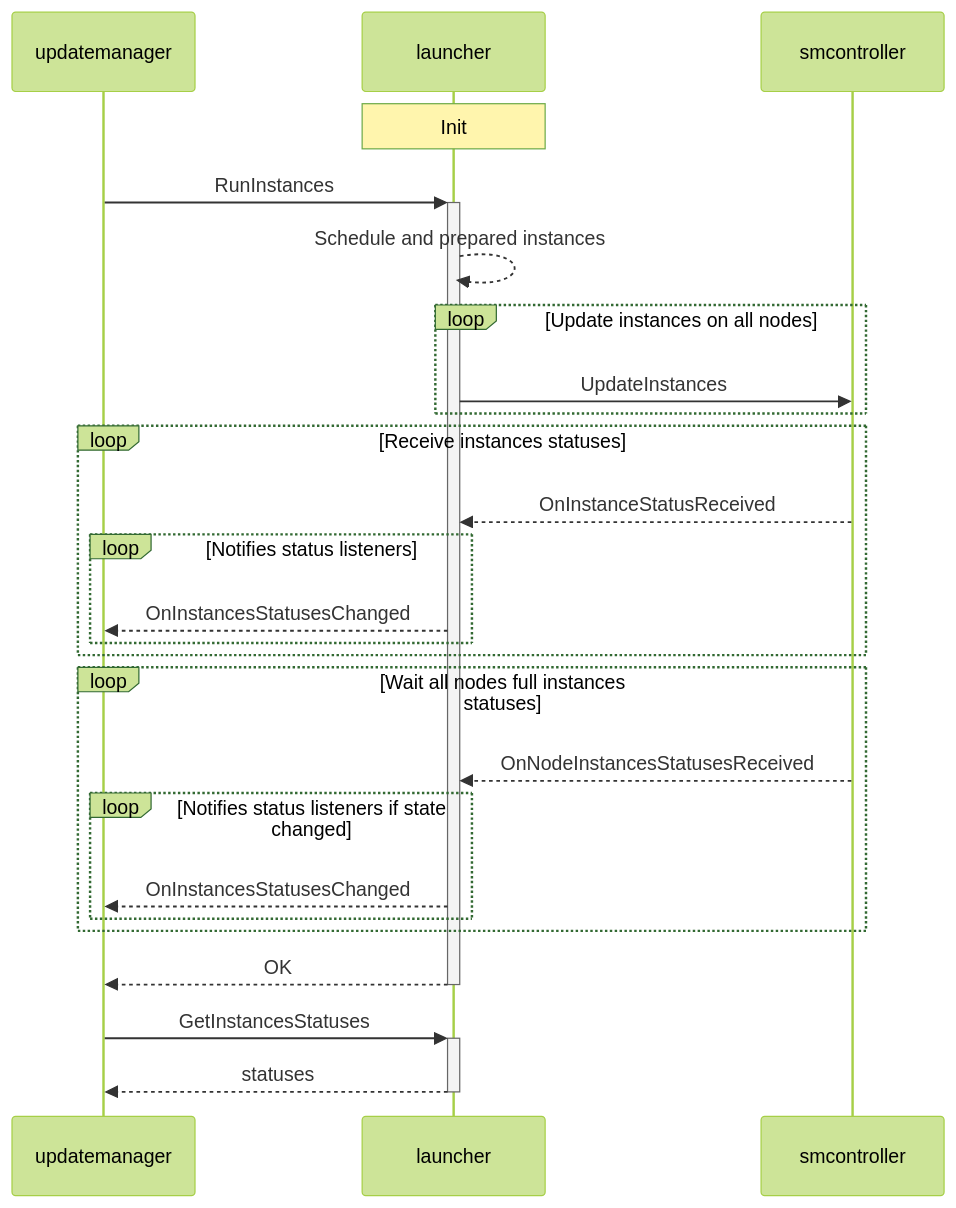
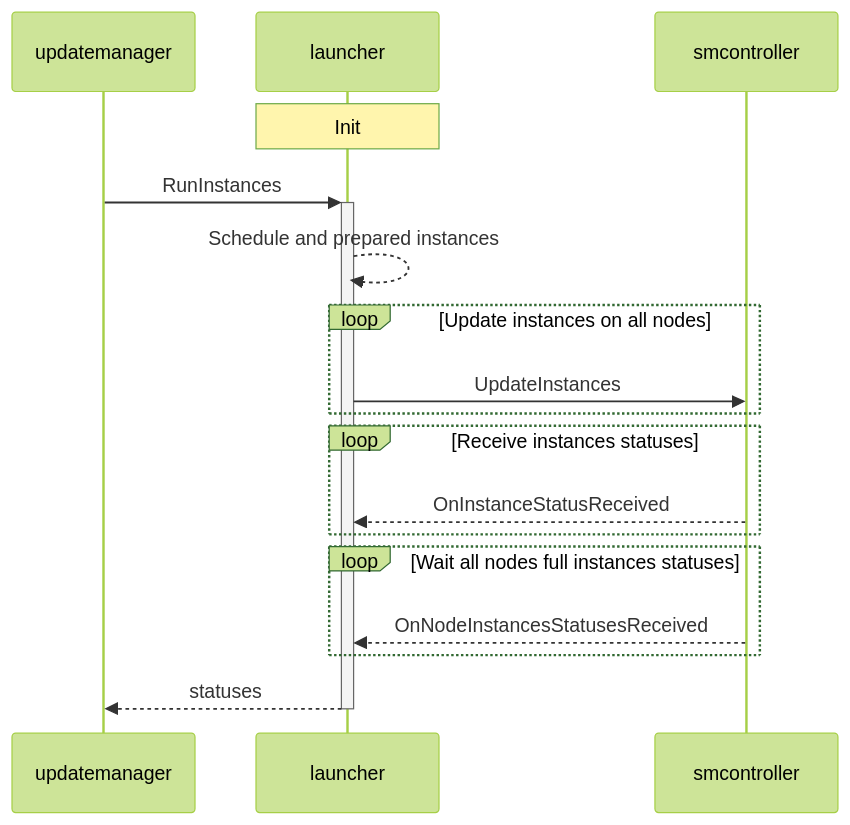
Before and after one commit to aosedge/aos_core_lib_cpp: the third of 4 diagrams in src/core/cm/launcher/launcher.md, drawn with Mermaid (forest theme). The commit also changed other lines of this file and 5 other files, not shown here.

````diff
--- a/src/core/cm/launcher/launcher.md
+++ b/src/core/cm/launcher/launcher.md
@@ -156,36 +132,25 @@
 ```mermaid
 sequenceDiagram
     participant updatemanager
     participant launcher
     participant smcontroller
 
     Note over launcher: Init
 
     updatemanager ->>+ launcher: RunInstances
     launcher -->> launcher: Schedule and prepared instances
 
     loop Update instances on all nodes
         launcher ->> smcontroller: UpdateInstances
     end
 
     loop Receive instances statuses
         smcontroller -->> launcher: OnInstanceStatusReceived
-
-        loop Notifies status listeners
-            launcher -->> updatemanager: OnInstancesStatusesChanged
-        end
     end
 
     loop Wait all nodes full instances statuses
         smcontroller -->> launcher: OnNodeInstancesStatusesReceived
-
-        loop Notifies status listeners if state changed
-            launcher -->> updatemanager: OnInstancesStatusesChanged
-        end
     end
 
-    launcher -->>- updatemanager: OK
-
-    updatemanager ->>+ launcher: GetInstancesStatuses
     launcher -->>- updatemanager: statuses
 ```
````
